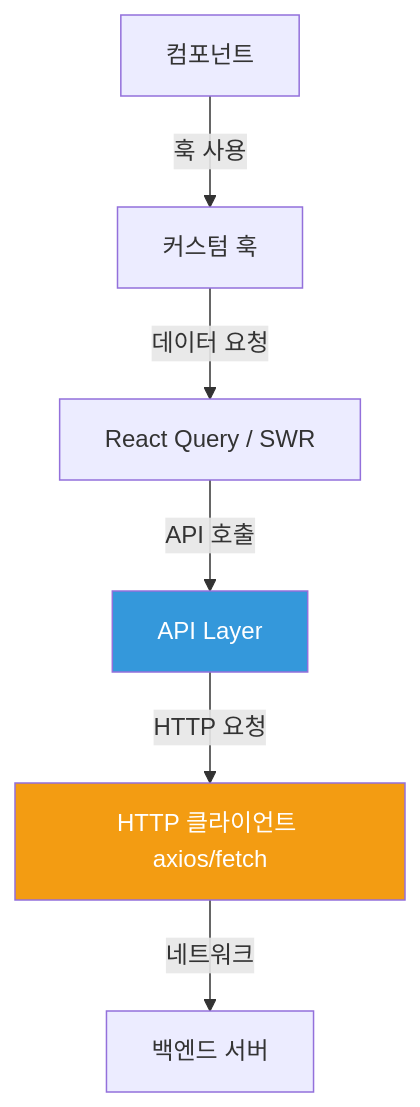
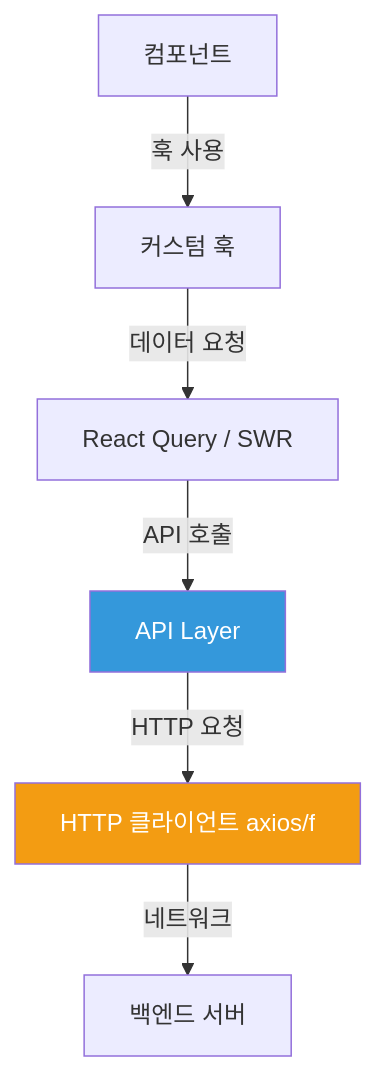
Before and after one commit to yjkim2015/yjkim2015.github.io: the third of 7 diagrams in _posts/frontend/2026-05-02-frontend-architecture.md, drawn with Mermaid. The commit also changed other lines of this file and 271 other files, not shown here.

First line of the commit message:
Mermaid 라벨 축소: 긴 노드 텍스트 18자 이하로 트림 + \n 제거

````diff
--- a/_posts/frontend/2026-05-02-frontend-architecture.md
+++ b/_posts/frontend/2026-05-02-frontend-architecture.md
@@ -111,10 +111,10 @@
 ```mermaid
 graph TD
     COMPONENT["컴포넌트"] -->|"훅 사용"| HOOKS["커스텀 훅"]
     HOOKS -->|"데이터 요청"| REACT_QUERY["React Query / SWR"]
     REACT_QUERY -->|"API 호출"| API_LAYER["API Layer"]
-    API_LAYER -->|"HTTP 요청"| HTTP_CLIENT["HTTP 클라이언트 axios/fetch"]
+    API_LAYER -->|"HTTP 요청"| HTTP_CLIENT["HTTP 클라이언트 axios/f"]
     HTTP_CLIENT -->|"네트워크"| SERVER["백엔드 서버"]
     style API_LAYER fill:#3498db,color:#fff
     style HTTP_CLIENT fill:#f39c12,color:#fff
 ```
````
